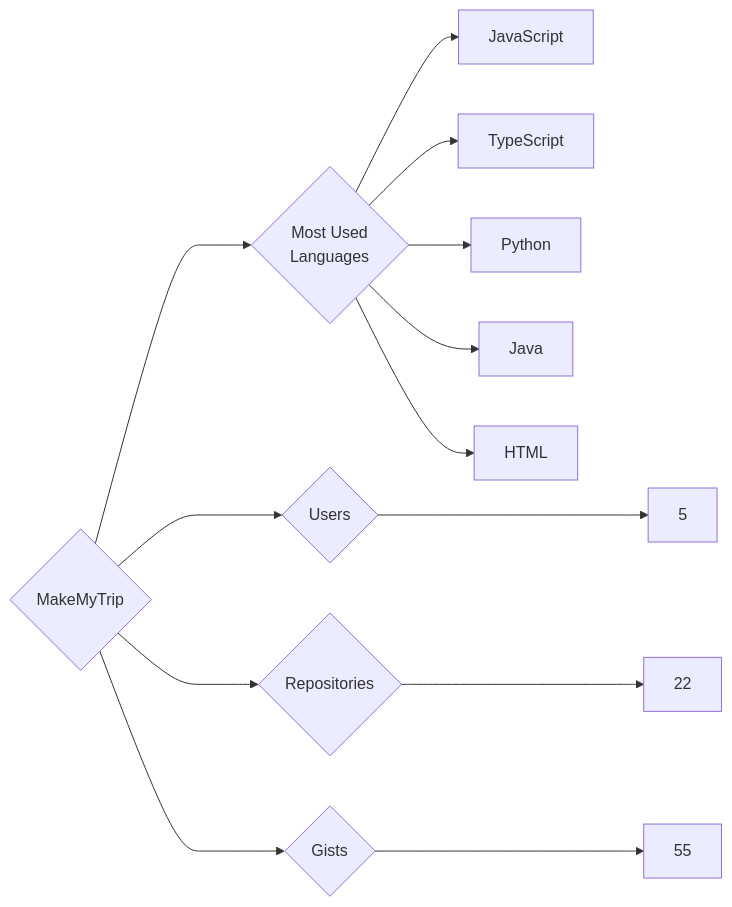
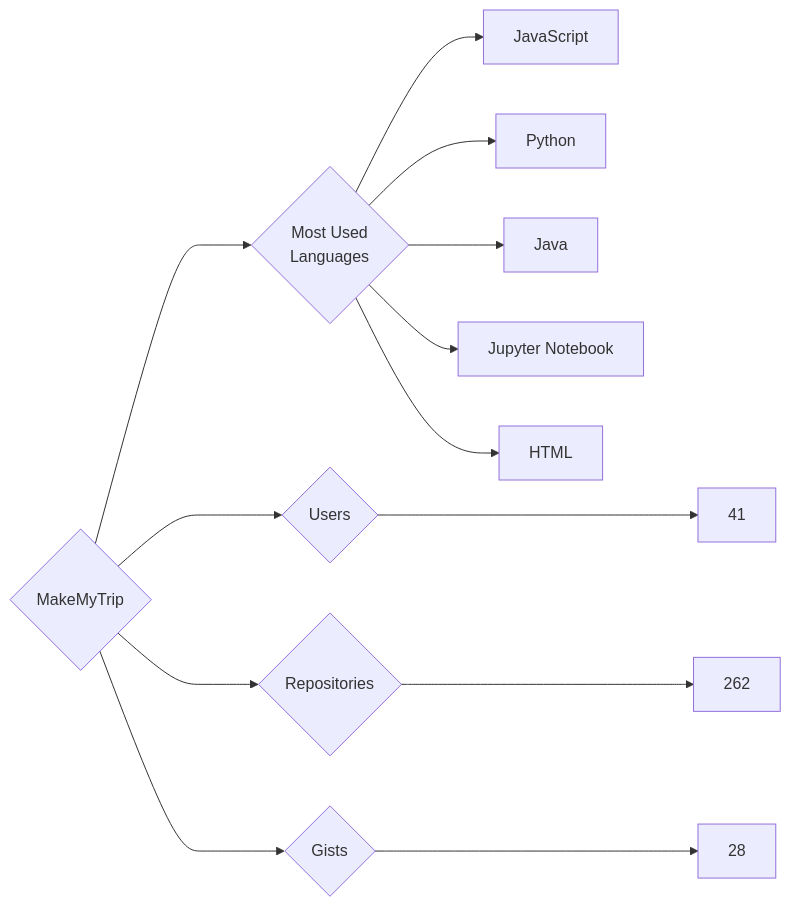
One commit to trickest/insiders changed the diagram in targets/MakeMyTrip/README.md. Above: the diagram before and after it, drawn with Mermaid. The commit also changed 891 other files, not shown here.

````diff
--- a/targets/MakeMyTrip/README.md
+++ b/targets/MakeMyTrip/README.md
@@ -3,13 +3,13 @@
 ```mermaid
 graph LR
 COMPANY_NAME{MakeMyTrip}
-COMPANY_NAME ---> U{Users} ---> UN[5]
-COMPANY_NAME ---> R{Repositories} ---> RN[22]
-COMPANY_NAME ---> G{Gists} ---> GN[55]
+COMPANY_NAME ---> U{Users} ---> UN[41]
+COMPANY_NAME ---> R{Repositories} ---> RN[262]
+COMPANY_NAME ---> G{Gists} ---> GN[28]
 COMPANY_NAME ---> ML{Most Used<br>Languages}
 ML --> JavaScript[JavaScript]
-ML --> TypeScript[TypeScript]
 ML --> Python[Python]
 ML --> Java[Java]
+ML --> Jupyter_Notebook[Jupyter Notebook]
 ML --> HTML[HTML]
 ```
````
